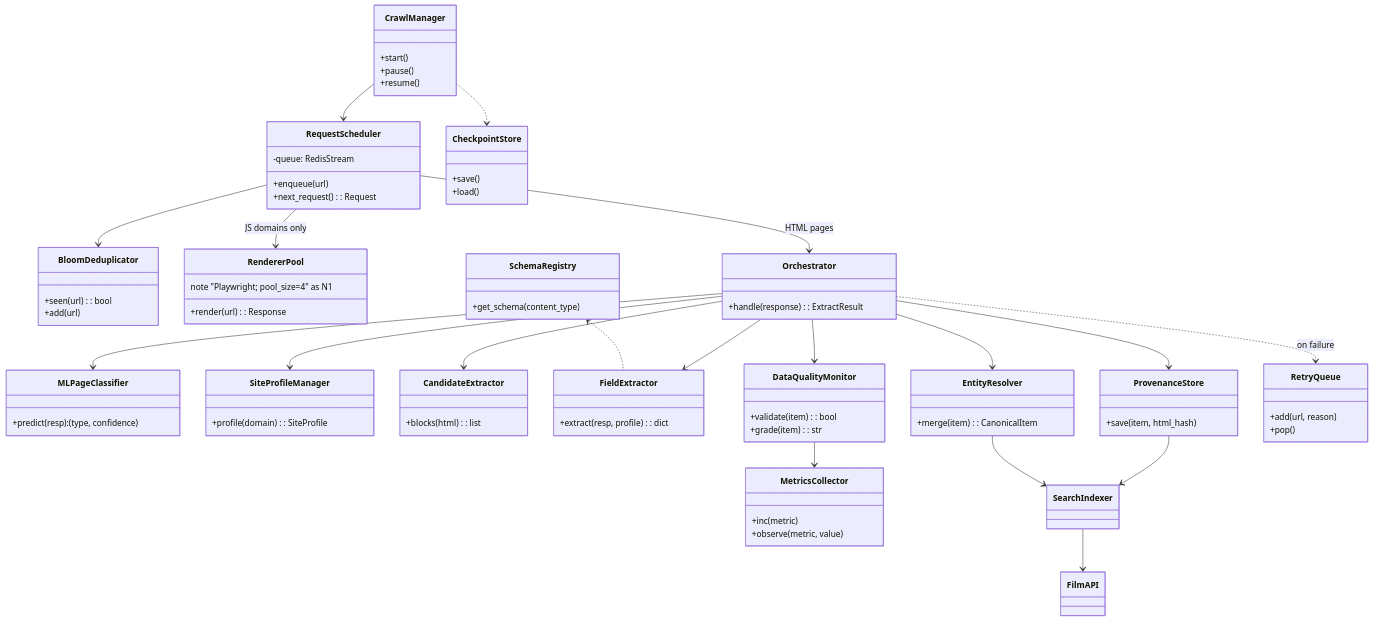
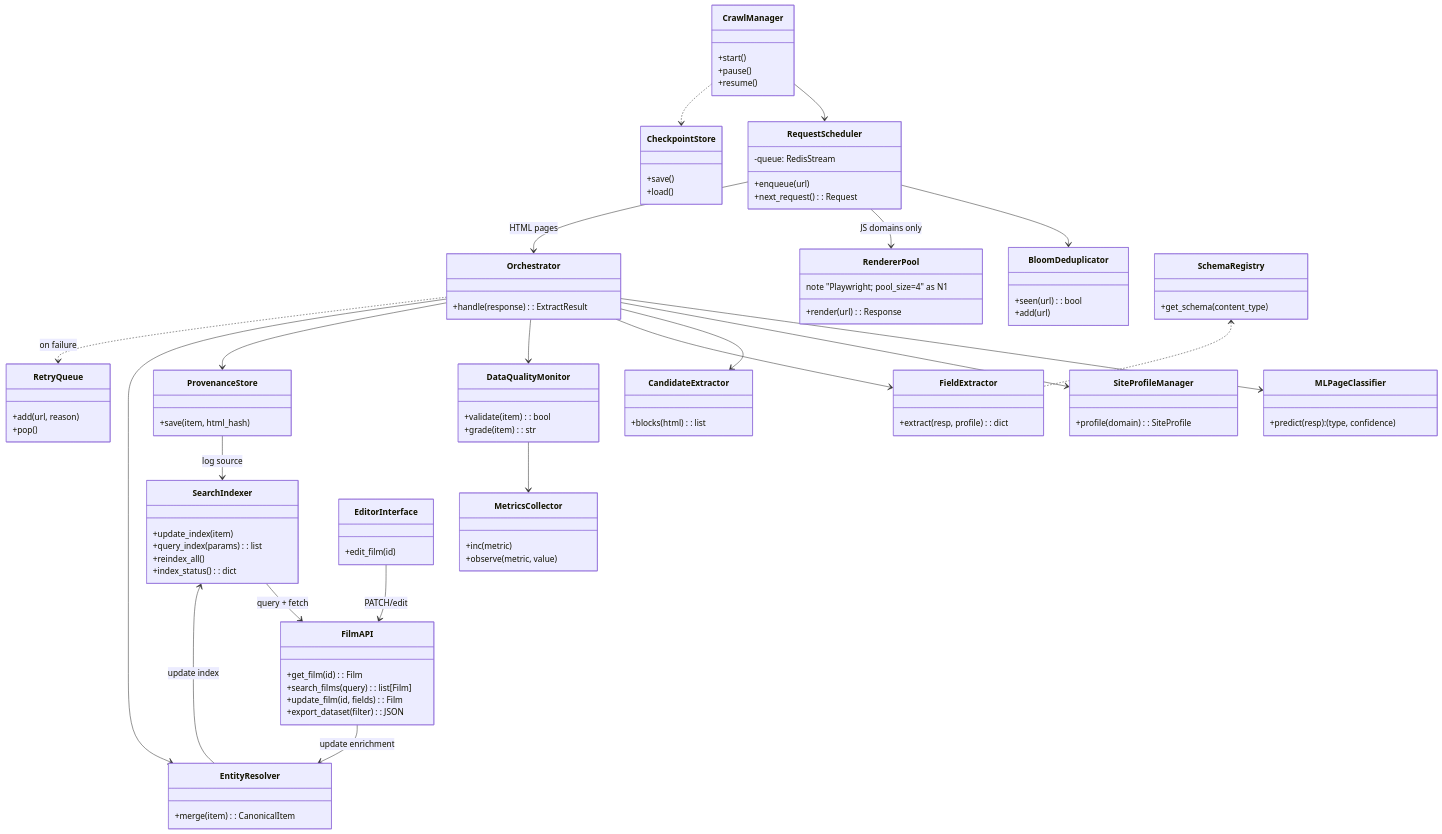
Before and after one commit to kaungkhantko/BRAWL-Burmese-movies-cRAWLer-: the third of 4 diagrams in docs/architecture.md, drawn with Mermaid. The commit also changed other lines of this file and 6 other files, not shown here.

Commit message:
Enhance project documentation and validation logic: update README, architecture, and requirements documents; improve year validation in MovieItem schema; add permissions to GitHub Actions workflow.

````diff
--- a/docs/architecture.md
+++ b/docs/architecture.md
@@ -171,6 +193,7 @@
         +save()
         +load()
     }
+
     %% ─────────── Page Processing ───────────
     class Orchestrator {
         +handle(response): ExtractResult
@@ -190,6 +213,7 @@
     class EntityResolver {
         +merge(item): CanonicalItem
     }
+
     %% ─────────── Validation & Storage ───────────
     class DataQualityMonitor {
         +validate(item): bool
@@ -209,8 +233,23 @@
     class SchemaRegistry {
         +get_schema(content_type)
     }
-    class FilmAPI {}
-    class SearchIndexer {}
+
+    %% ─────────── Indexing & API ───────────
+    class SearchIndexer {
+        +update_index(item)
+        +query_index(params): list
+        +reindex_all()
+        +index_status(): dict
+    }
+    class FilmAPI {
+        +get_film(id): Film
+        +search_films(query): list[Film]
+        +update_film(id, fields): Film
+        +export_dataset(filter): JSON
+    }
+    class EditorInterface {
+        +edit_film(id)
+    }
 
     %% ─────────── Relationships ───────────
     CrawlManager --> RequestScheduler
@@ -227,9 +266,12 @@
     Orchestrator --> ProvenanceStore
     Orchestrator --> EntityResolver
     Orchestrator ..> RetryQueue : on failure
+
     DataQualityMonitor --> MetricsCollector
-    ProvenanceStore --> SearchIndexer
-    EntityResolver --> SearchIndexer
-    SearchIndexer --> FilmAPI
+    ProvenanceStore --> SearchIndexer : log source
+    EntityResolver --> SearchIndexer : update index
+    SearchIndexer --> FilmAPI : query + fetch
+    EditorInterface --> FilmAPI : PATCH/edit
+    FilmAPI --> EntityResolver : update enrichment
     SchemaRegistry <.. FieldExtractor
 ```
````
